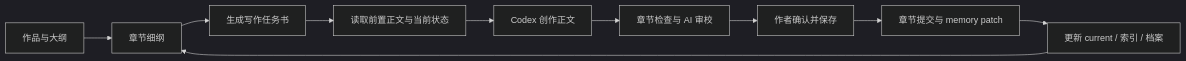
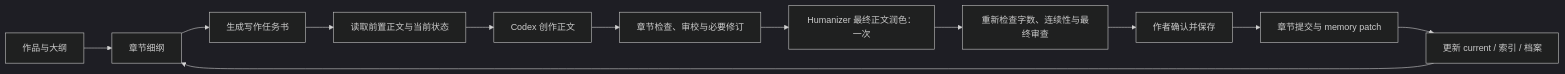
Before and after one commit to damingishere-coder/novel-codex-writer: the diagram in README.md, drawn with Mermaid (dark theme). The commit also changed other lines of this file and 11 other files, not shown here.

````diff
--- a/README.md
+++ b/README.md
@@ -61,12 +61,14 @@
 ```mermaid
 flowchart LR
     A[作品与大纲] --> B[章节细纲]
     B --> C[生成写作任务书]
     C --> D[读取前置正文与当前状态]
     D --> E[Codex 创作正文]
-    E --> F[章节检查与 AI 审校]
+    E --> R[章节检查、审校与必要修订]
+    R --> P[Humanizer 最终正文润色：一次]
+    P --> F[重新检查字数、连续性与最终审查]
     F --> G[作者确认并保存]
     G --> H[章节提交与 memory patch]
     H --> I[更新 current / 索引 / 档案]
     I --> B
 ```
````
